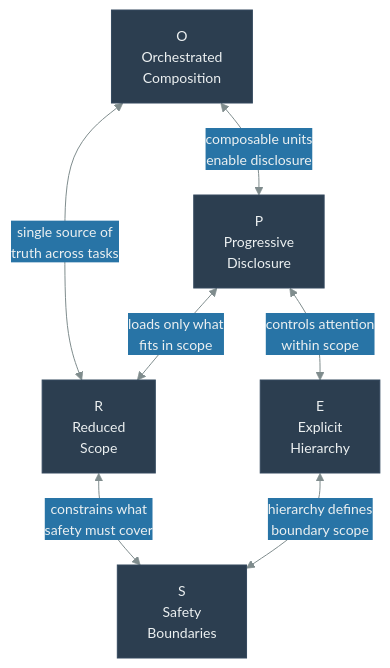
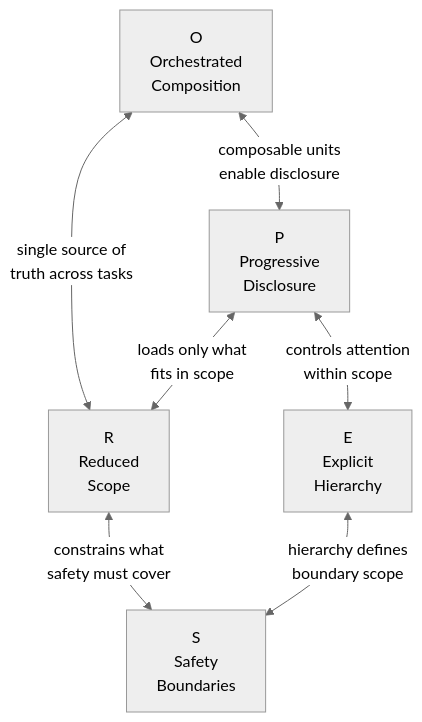
Before and after one commit to danielmeppiel/agentic-sdlc-handbook: the diagram in handbook/ch10-the-prose-specification.qmd, drawn with Mermaid. The commit also changed 15 other files, not shown here.

First line of the commit message:
fix: strip custom colors, use Mermaid neutral theme for clean diagrams

````diff
--- a/handbook/ch10-the-prose-specification.qmd
+++ b/handbook/ch10-the-prose-specification.qmd
@@ -383,14 +383,14 @@
 ```{mermaid}
 %%| fig-width: 4.5
 %%| label: fig-prose-constraints
 %%| fig-cap: "Relationships between the five PROSE constraints"
 %%| fig-alt: "Graph showing five interconnected nodes representing the PROSE constraints: P (Progressive Disclosure), R (Reduced Scope), O (Orchestrated Composition), S (Safety Boundaries), and E (Explicit Hierarchy). Bidirectional edges connect: P and E with 'controls attention within scope', R and S with 'constrains what safety must cover', O and R with 'single source of truth across tasks', P and R with 'loads only what fits in scope', E and S with 'hierarchy defines boundary scope', and O and P with 'composable units enable disclosure'. Each pair reinforces the other to cover distinct failure modes."
-%%{init: {'theme': 'base', 'themeVariables': {'primaryColor': '#2c3e50', 'primaryTextColor': '#ecf0f1', 'primaryBorderColor': '#34495e', 'lineColor': '#7f8c8d', 'secondaryColor': '#2874a6', 'tertiaryColor': '#ecf0f1', 'fontSize': '14px'}}}%%
+%%{init: {'theme': 'neutral'}}%%
 graph TD
     P["P<br/>Progressive<br/>Disclosure"] <-- "controls attention<br/>within scope" --> E["E<br/>Explicit<br/>Hierarchy"]
     R["R<br/>Reduced<br/>Scope"] <-- "constrains what<br/>safety must cover" --> S["S<br/>Safety<br/>Boundaries"]
     O["O<br/>Orchestrated<br/>Composition"] <-- "single source of<br/>truth across tasks" --> R
     P <-- "loads only what<br/>fits in scope" --> R
     E <-- "hierarchy defines<br/>boundary scope" --> S
     O <-- "composable units<br/>enable disclosure" --> P
 ```
````
